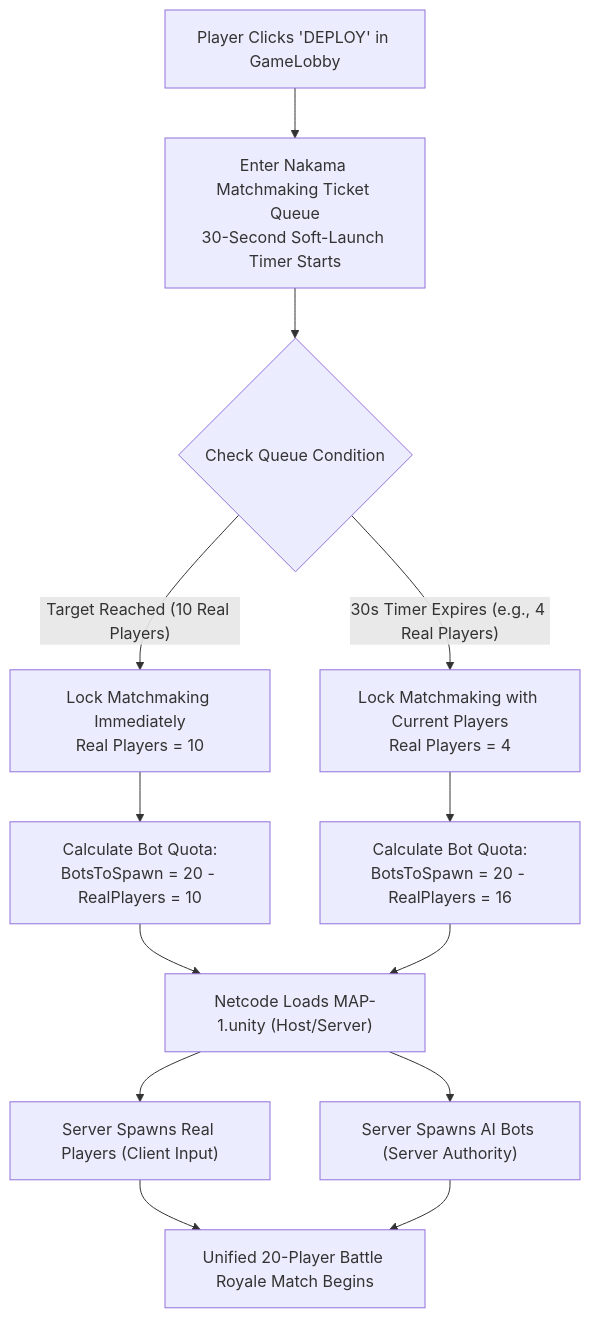
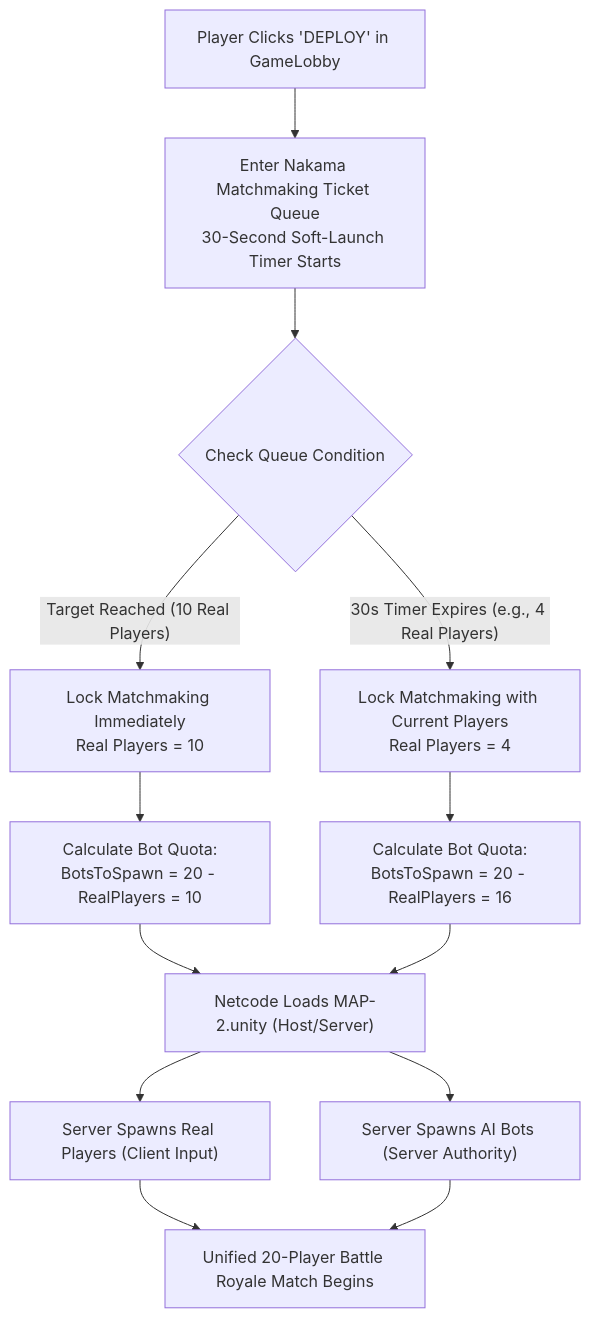
The diagram in Assets/Project/Docs/BattleRoyale_Hybrid_MatchLoop_Plan.md (OneEngine-studio/Railbound), drawn with Mermaid before and after one commit. The commit also changed other lines of this file and 14 other files, not shown here.

````diff
--- a/Assets/Project/Docs/BattleRoyale_Hybrid_MatchLoop_Plan.md
+++ b/Assets/Project/Docs/BattleRoyale_Hybrid_MatchLoop_Plan.md
@@ -27,15 +42,15 @@
 ```mermaid
 flowchart TD
     A["Player Clicks 'DEPLOY' in GameLobby"] --> B["Enter Nakama Matchmaking Ticket Queue<br/>30-Second Soft-Launch Timer Starts"]
     B --> C{"Check Queue Condition"}
     C -- "Target Reached (10 Real Players)" --> D["Lock Matchmaking Immediately<br/>Real Players = 10"]
     C -- "30s Timer Expires (e.g., 4 Real Players)" --> E["Lock Matchmaking with Current Players<br/>Real Players = 4"]
     D --> F["Calculate Bot Quota:<br/>BotsToSpawn = 20 - RealPlayers = 10"]
     E --> G["Calculate Bot Quota:<br/>BotsToSpawn = 20 - RealPlayers = 16"]
-    F --> H["Netcode Loads MAP-1.unity (Host/Server)"]
+    F --> H["Netcode Loads MAP-2.unity (Host/Server)"]
     G --> H
     H --> I["Server Spawns Real Players (Client Input)"]
     H --> J["Server Spawns AI Bots (Server Authority)"]
     I --> K["Unified 20-Player Battle Royale Match Begins"]
     J --> K
 ```
````
